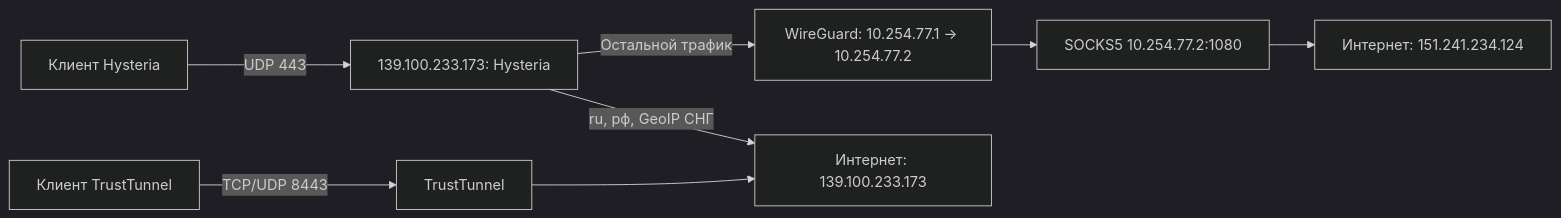
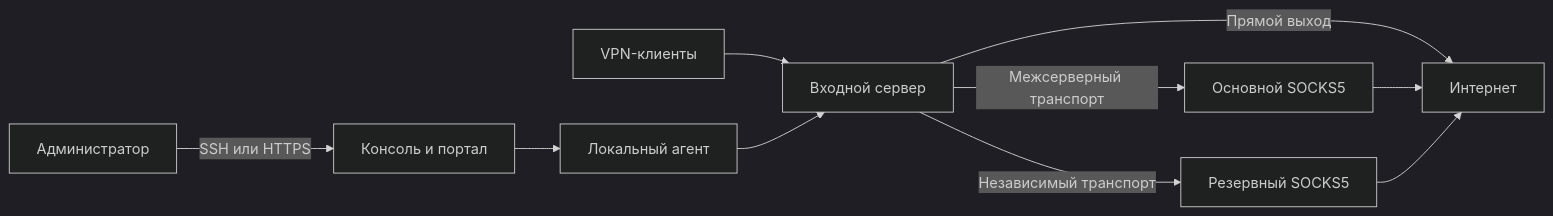
One commit to onixus/tunnel changed the diagram in docs/architecture.md. Above: the diagram before and after it, drawn with Mermaid (dark theme). The commit also changed other lines of this file and 40 other files, not shown here.

````diff
--- a/docs/architecture.md
+++ b/docs/architecture.md
@@ -13,10 +16,12 @@
 ```mermaid
 flowchart LR
-    C[Клиент Hysteria] -->|UDP 443| A[139.100.233.173: Hysteria]
-    A -->|Остальной трафик| W[WireGuard: 10.254.77.1 → 10.254.77.2]
-    W --> S[SOCKS5 10.254.77.2:1080]
-    S --> B[Интернет: 151.241.234.124]
-    A -->|ru, рф, GeoIP СНГ| D[Интернет: 139.100.233.173]
-    T[Клиент TrustTunnel] -->|TCP/UDP 8443| E[TrustTunnel]
-    E --> D
+    C[VPN-клиенты] --> A[Входной сервер]
+    A -->|Прямой выход| D[Интернет]
+    A -->|Межсерверный транспорт| P[Основной SOCKS5]
+    A -->|Независимый транспорт| R[Резервный SOCKS5]
+    P --> D
+    R --> D
+    U[Администратор] -->|SSH или HTTPS| M[Консоль и портал]
+    M --> G[Локальный агент]
+    G --> A
 ```
````
